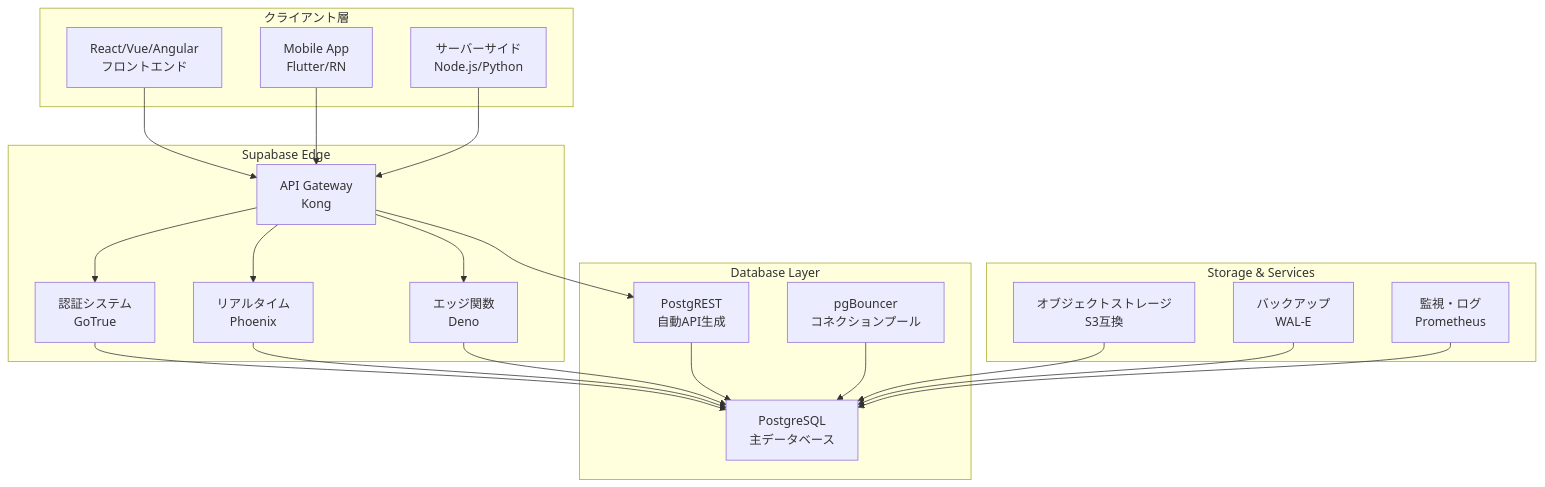
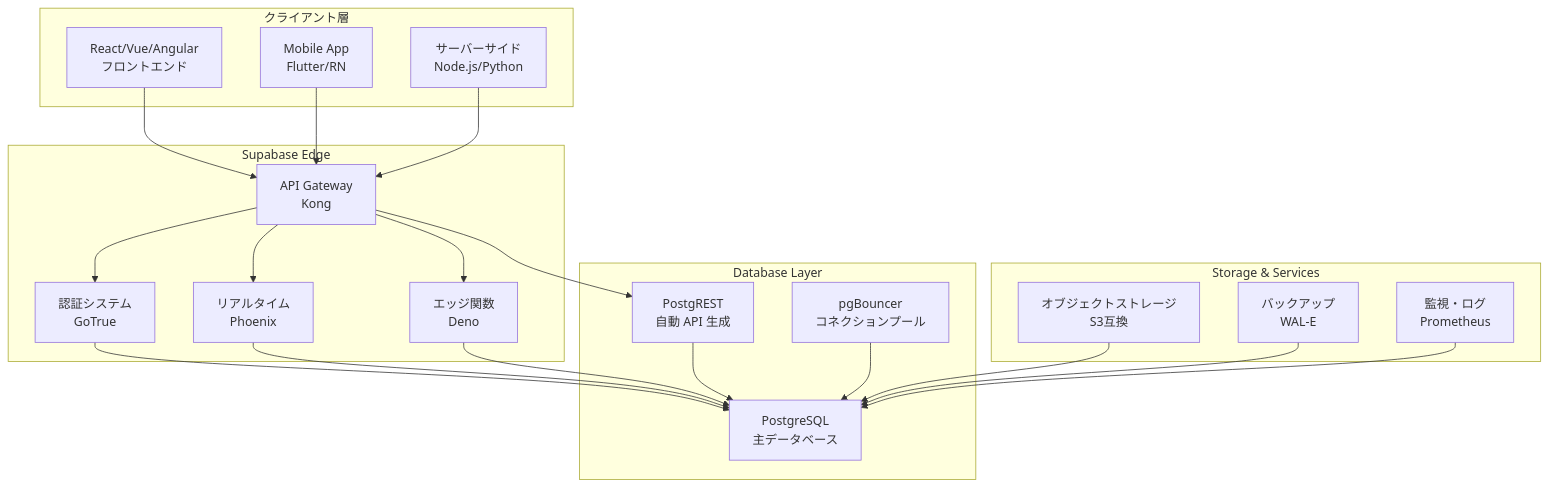
Before and after one commit to itdojp/supabase-architecture-patterns-book: the third of 8 diagrams in src/chapters/chapter01/index.md, drawn with Mermaid. The commit also changed other lines of this file and 52 other files, not shown here.

````diff
--- a/src/chapters/chapter01/index.md
+++ b/src/chapters/chapter01/index.md
@@ -78,46 +78,46 @@
 ```mermaid
 graph TB
     subgraph "クライアント層"
         A[React/Vue/Angular<br/>フロントエンド]
         B[Mobile App<br/>Flutter/RN]
         C[サーバーサイド<br/>Node.js/Python]
     end
-    
+
     subgraph "Supabase Edge"
         D[API Gateway<br/>Kong]
         E[認証システム<br/>GoTrue]
         F[リアルタイム<br/>Phoenix]
         G[エッジ関数<br/>Deno]
     end
-    
+
     subgraph "Database Layer"
         H[PostgreSQL<br/>主データベース]
-        I[PostgREST<br/>自動API生成]
+        I[PostgREST<br/>自動 API 生成]
         J[pgBouncer<br/>コネクションプール]
     end
-    
+
     subgraph "Storage & Services"
         K[オブジェクトストレージ<br/>S3互換]
         L[バックアップ<br/>WAL-E]
         M[監視・ログ<br/>Prometheus]
     end
-    
+
     A --> D
     B --> D
     C --> D
-    
+
     D --> E
     D --> F
     D --> G
     D --> I
-    
+
     E --> H
     F --> H
     G --> H
     I --> H
-    
+
     J --> H
     K --> H
     L --> H
     M --> H
 ```
````
